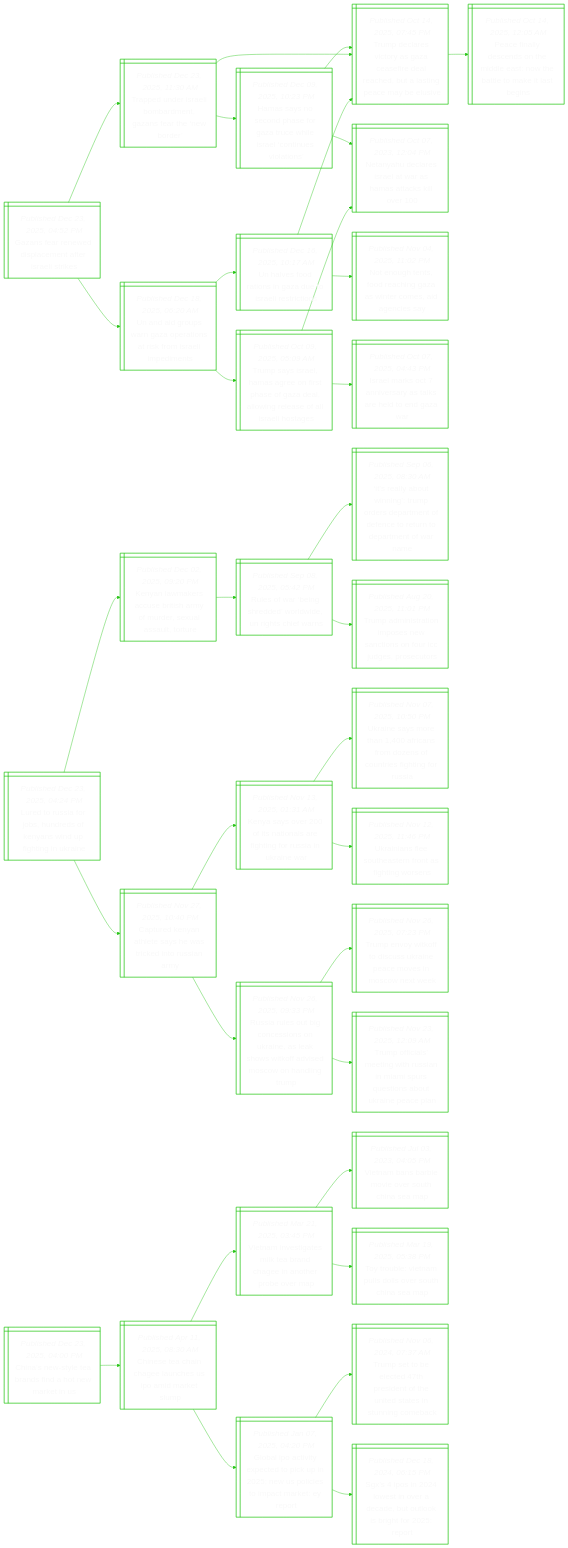
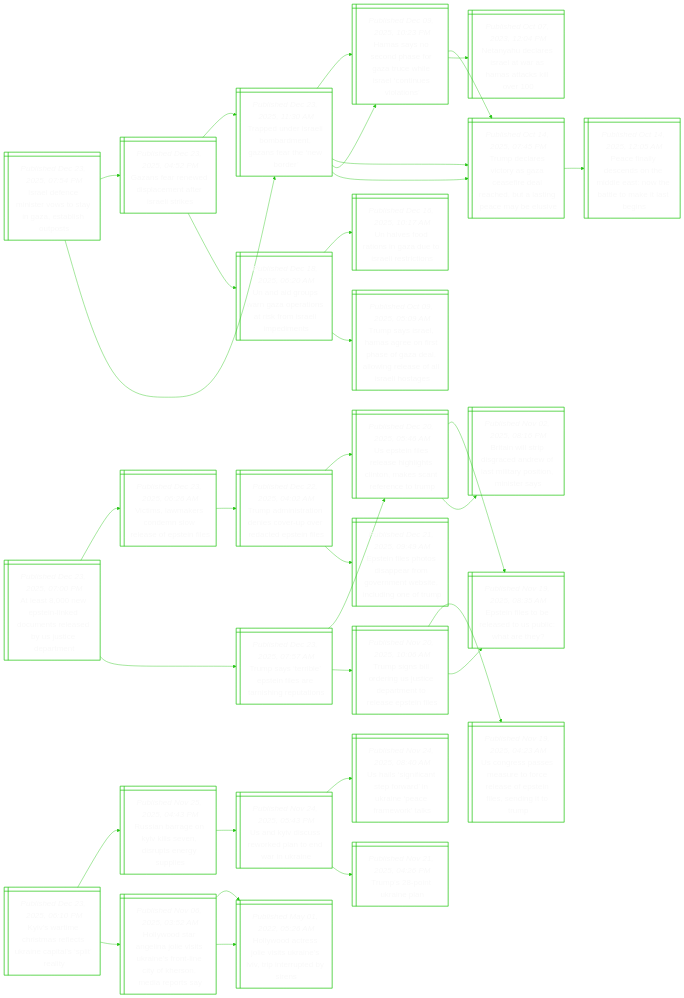
One commit to notJmes/notJmes changed the diagram in README.md. Above: the diagram before and after it, drawn with Mermaid. The commit also changed other lines of this file, not shown here.

````diff
--- a/README.md
+++ b/README.md
@@ -16,8 +16,22 @@
 flowchart LR
 classDef txtsize font-size:20px;
 
+Ilnnrtyzaho@{ shape: win-pane, label: "_Published Dec 23, 2025, 07:54 PM_
+Israel defence minister vows to stay in gaza, establish outposts" }
 Gsrepmfsik@{ shape: win-pane, label: "_Published Dec 23, 2025, 04:52 PM_
 Gazans fear renewed displacement after israeli strikes" }
+TeeaodGstwe@{ shape: win-pane, label: "_Published Dec 23, 2025, 11:30 AM_
+Trapped under israeli bombardment, gazans fear the ‘new border’" }
+HsonsGrhscnii@{ shape: win-pane, label: "_Published Dec 09, 2025, 10:23 PM_
+Hamas says no second phase for gaza truce while israel ‘continues violations’" }
+Tdrcaaededlncbs@{ shape: win-pane, label: "_Published Oct 14, 2025, 07:45 PM_
+Trump declares victory as gaza ceasefire deal reached, but a lasting peace may be elusive" }
+Uaoazrnioamm@{ shape: win-pane, label: "_Published Dec 18, 2025, 06:20 AM_
+Un and aid groups warn gaza operations at risk from israeli impediments" }
+UvoindIlti@{ shape: win-pane, label: "_Published Dec 16, 2025, 10:17 AM_
+Un halves food rations in gaza due to israeli restrictions" }
+TssHaossaaorslaoe@{ shape: win-pane, label: "_Published Oct 09, 2025, 05:09 AM_
+Trump says israel, hamas agree on first phase of gaza deal, allowing release of all israeli hostages" }
 TeeaodGstwe@{ shape: win-pane, label: "_Published Dec 23, 2025, 11:30 AM_
 Trapped under israeli bombardment, gazans fear the ‘new border’" }
 HsonsGrhscnii@{ shape: win-pane, label: "_Published Dec 09, 2025, 10:23 PM_
@@ -30,95 +44,81 @@
 Trump declares victory as gaza ceasefire deal reached, but a lasting peace may be elusive" }
 PflcoMeNelale@{ shape: win-pane, label: "_Published Oct 14, 2025, 12:05 AM_
 Peace finally descends on the middle east: now the battle to make it last begins" }
-Uaoazrnioamm@{ shape: win-pane, label: "_Published Dec 18, 2025, 06:20 AM_
-Un and aid groups warn gaza operations at risk from israeli impediments" }
-UvoindIlti@{ shape: win-pane, label: "_Published Dec 16, 2025, 10:17 AM_
-Un halves food rations in gaza due to israeli restrictions" }
-Tdrcaaededlncbs@{ shape: win-pane, label: "_Published Oct 14, 2025, 07:45 PM_
-Trump declares victory as gaza ceasefire deal reached, but a lasting peace may be elusive" }
-Noeoagatmdca@{ shape: win-pane, label: "_Published Nov 04, 2025, 11:02 PM_
-Not enough tents, food reaching gaza as winter comes, aid agencies say" }
-TssHaossaaorslaoe@{ shape: win-pane, label: "_Published Oct 09, 2025, 05:09 AM_
-Trump says israel, hamas agree on first phase of gaza deal, allowing release of all israeli hostages" }
-Ilsnrakhoar@{ shape: win-pane, label: "_Published Oct 07, 2025, 04:43 PM_
-Israel marks oct 7 anniversary as talks are held to end gaza war" }
-NyeeawHakl@{ shape: win-pane, label: "_Published Oct 07, 2023, 12:04 PM_
-Netanyahu declares israel at war as hamas attacks kill over 100" }
 
+Ilnnrtyzaho:::txtsize --> Gsrepmfsik:::txtsize
 Gsrepmfsik:::txtsize --> TeeaodGstwe:::txtsize
+TeeaodGstwe:::txtsize --> HsonsGrhscnii:::txtsize
+TeeaodGstwe:::txtsize --> Tdrcaaededlncbs:::txtsize
+Gsrepmfsik:::txtsize --> Uaoazrnioamm:::txtsize
+Uaoazrnioamm:::txtsize --> UvoindIlti:::txtsize
+Uaoazrnioamm:::txtsize --> TssHaossaaorslaoe:::txtsize
+Ilnnrtyzaho:::txtsize --> TeeaodGstwe:::txtsize
 TeeaodGstwe:::txtsize --> HsonsGrhscnii:::txtsize
 HsonsGrhscnii:::txtsize --> Tdrcaaededlncbs:::txtsize
 HsonsGrhscnii:::txtsize --> NyeeawHakl:::txtsize
 TeeaodGstwe:::txtsize --> Tdrcaaededlncbs:::txtsize
 Tdrcaaededlncbs:::txtsize --> PflcoMeNelale:::txtsize
-Gsrepmfsik:::txtsize --> Uaoazrnioamm:::txtsize
-Uaoazrnioamm:::txtsize --> UvoindIlti:::txtsize
-UvoindIlti:::txtsize --> Tdrcaaededlncbs:::txtsize
-UvoindIlti:::txtsize --> Noeoagatmdca:::txtsize
-Uaoazrnioamm:::txtsize --> TssHaossaaorslaoe:::txtsize
-TssHaossaaorslaoe:::txtsize --> Ilsnrakhoar:::txtsize
-TssHaossaaorslaoe:::txtsize --> NyeeawHakl:::txtsize
 
-LtsrheKndggr@{ shape: win-pane, label: "_Published Dec 23, 2025, 04:24 PM_
-Lured to russia for jobs, hundreds of kenyans wind up fighting in ukraine" }
-Knaaeimuslur@{ shape: win-pane, label: "_Published Dec 02, 2025, 09:20 PM_
-Kenyan lawmakers accuse british army of murder, sexual assault, torture" }
-Robsdrdicw@{ shape: win-pane, label: "_Published Sep 08, 2025, 05:42 PM_
-Rules of war ‘being shredded’ worldwide, un rights chief warns" }
-Iabigpraneetortr@{ shape: win-pane, label: "_Published Sep 06, 2025, 08:30 AM_
-‘it’s really about winning’: trump orders department of defence to return to department of war name" }
-TaitmsaofCgot@{ shape: win-pane, label: "_Published Aug 20, 2025, 11:01 PM_
-Trump administration imposes new sanctions on four icc judges, prosecutors" }
-Crntehteoim@{ shape: win-pane, label: "_Published Nov 27, 2025, 10:40 PM_
-Captured kenyan athlete says he was tricked into russian army" }
-Ksvitlfirike@{ shape: win-pane, label: "_Published Nov 13, 2025, 01:31 AM_
-Kenya says over 200 of its nationals are fighting for russia in ukraine war" }
-Unstfnmnoiggu@{ shape: win-pane, label: "_Published Nov 07, 2025, 10:50 PM_
-Ukraine says more than 1,400 africans from dozens of countries fighting for russia" }
-Unfoantgge@{ shape: win-pane, label: "_Published Nov 12, 2025, 11:46 PM_
-Ukrainians flee southeastern front as fighting worsens" }
-RasicoUneotaechiu@{ shape: win-pane, label: "_Published Nov 26, 2025, 09:33 PM_
-Russia rules out big concessions on ukraine, as leak shows witkoff advised moscow on handling trump" }
-TeWfisiavMww@{ shape: win-pane, label: "_Published Nov 26, 2025, 07:23 PM_
-Trump envoy witkoff to discuss ukraine peace moves in moscow next week" }
-ToiegRaipuoorpp@{ shape: win-pane, label: "_Published Nov 23, 2025, 12:09 AM_
-Trump officials’ meeting with russian in miami spurs questions about ukraine peace plan" }
+AsEikctebuert@{ shape: win-pane, label: "_Published Dec 23, 2025, 07:00 PM_
+At least 8,000 new epstein-linked documents released by us justice department" }
+Vmmseoefel@{ shape: win-pane, label: "_Published Dec 23, 2025, 06:26 AM_
+Victims, lawmakers condemn slow release of epstein files" }
+Taitecurcpns@{ shape: win-pane, label: "_Published Dec 22, 2025, 04:02 AM_
+Trump administration denies cover-up over redacted epstein files" }
+Utieelstkafcr@{ shape: win-pane, label: "_Published Dec 20, 2025, 05:46 AM_
+Us epstein files release highlights clinton, makes scant reference to trump" }
+Eietsamrticnom@{ shape: win-pane, label: "_Published Dec 21, 2025, 09:49 AM_
+Epstein files photos disappear from government website, including one of trump" }
+Tseltirnnuo@{ shape: win-pane, label: "_Published Dec 23, 2025, 07:57 AM_
+Trump says ‘terrible’ epstein files are tarnishing reputations" }
+Utieelstkafcr@{ shape: win-pane, label: "_Published Dec 20, 2025, 05:46 AM_
+Us epstein files release highlights clinton, makes scant reference to trump" }
+Eieeaobhe@{ shape: win-pane, label: "_Published Nov 19, 2025, 08:35 AM_
+Epstein files to be released to us public: what are they?" }
+BilprAwsipinr@{ shape: win-pane, label: "_Published Nov 02, 2025, 08:16 PM_
+Britain will strip disgraced andrew of last military position, minister says" }
+TsBrnuertlEie@{ shape: win-pane, label: "_Published Nov 20, 2025, 10:06 AM_
+Trump signs bill ordering us justice department to release epstein files" }
+Ugpsufrspnsitm@{ shape: win-pane, label: "_Published Nov 19, 2025, 04:23 AM_
+Us congress passes measure to force release of epstein files, sending it to trump" }
+Eieeaobhe@{ shape: win-pane, label: "_Published Nov 19, 2025, 08:35 AM_
+Epstein files to be released to us public: what are they?" }
 
-LtsrheKndggr:::txtsize --> Knaaeimuslur:::txtsize
-Knaaeimuslur:::txtsize --> Robsdrdicw:::txtsize
-Robsdrdicw:::txtsize --> Iabigpraneetortr:::txtsize
-Robsdrdicw:::txtsize --> TaitmsaofCgot:::txtsize
-LtsrheKndggr:::txtsize --> Crntehteoim:::txtsize
-Crntehteoim:::txtsize --> Ksvitlfirike:::txtsize
-Ksvitlfirike:::txtsize --> Unstfnmnoiggu:::txtsize
-Ksvitlfirike:::txtsize --> Unfoantgge:::txtsize
-Crntehteoim:::txtsize --> RasicoUneotaechiu:::txtsize
-RasicoUneotaechiu:::txtsize --> TeWfisiavMww:::txtsize
-RasicoUneotaechiu:::txtsize --> ToiegRaipuoorpp:::txtsize
+AsEikctebuert:::txtsize --> Vmmseoefel:::txtsize
+Vmmseoefel:::txtsize --> Taitecurcpns:::txtsize
+Taitecurcpns:::txtsize --> Utieelstkafcr:::txtsize
+Taitecurcpns:::txtsize --> Eietsamrticnom:::txtsize
+AsEikctebuert:::txtsize --> Tseltirnnuo:::txtsize
+Tseltirnnuo:::txtsize --> Utieelstkafcr:::txtsize
+Utieelstkafcr:::txtsize --> Eieeaobhe:::txtsize
+Utieelstkafcr:::txtsize --> BilprAwsipinr:::txtsize
+Tseltirnnuo:::txtsize --> TsBrnuertlEie:::txtsize
+TsBrnuertlEie:::txtsize --> Ugpsufrspnsitm:::txtsize
+TsBrnuertlEie:::txtsize --> Eieeaobhe:::txtsize
 
-Cstenntai@{ shape: win-pane, label: "_Published Dec 23, 2025, 04:00 PM_
-China’s new-style tea brands find a hot new market in us" }
-CscCecSmrl@{ shape: win-pane, label: "_Published Apr 11, 2025, 08:30 AM_
-Chinese tea chain chagee launches us ipo amid market slump" }
-Vaeaiadenrem@{ shape: win-pane, label: "_Published Mar 21, 2025, 03:45 PM_
-Vietnam investigates milk tea brand chagee in another probe over map" }
-Vasiirhaa@{ shape: win-pane, label: "_Published Jul 03, 2023, 04:05 PM_
-Vietnam bans barbie movie over south china sea map" }
-ToVallrhaa@{ shape: win-pane, label: "_Published Mar 19, 2025, 05:38 PM_
-Toy trouble: vietnam pulls dolls over south china sea map" }
-Glctetknpiitee@{ shape: win-pane, label: "_Published Jan 07, 2025, 04:20 PM_
-Global ipo activity expected to pick up in 2025; new us policies to impact market: ey report" }
-TsbchioUdetne@{ shape: win-pane, label: "_Published Nov 06, 2024, 07:37 AM_
-Trump set to be elected 47th president of the united states in stunning comeback" }
-SPlteculshRt@{ shape: win-pane, label: "_Published Dec 18, 2024, 06:15 PM_
-Sgx’s 4 ipos in 2024 lowest in over a decade, but outlook is bright for 2025: report" }
+Kwmiseketpey@{ shape: win-pane, label: "_Published Dec 23, 2025, 06:10 PM_
+Kyiv’s wartime christmas reflects ukraine capital’s ‘split’ reality" }
+Rarnksdpeue@{ shape: win-pane, label: "_Published Nov 25, 2025, 04:43 PM_
+Russian barrage on kyiv kills seven, disrupts energy supplies" }
+UKisrlerr@{ shape: win-pane, label: "_Published Nov 24, 2025, 05:43 PM_
+Us and kyiv discuss reworked plan to end war in ukraine" }
+Ulnaewniaark@{ shape: win-pane, label: "_Published Nov 24, 2025, 08:40 AM_
+Us hails ‘significant step forward’ in ukraine ‘peace framework’ talks" }
+Tstia@{ shape: win-pane, label: "_Published Nov 21, 2025, 04:26 PM_
+Trump’s 28-point ukraine plan" }
+HwtgaetafliKoioa@{ shape: win-pane, label: "_Published Nov 06, 2025, 03:52 AM_
+Hollywood star angelina jolie visits ukraine’s front-line city of kherson, media reports say" }
+HwcsetaLrtpyn@{ shape: win-pane, label: "_Published May 01, 2022, 05:26 AM_
+Hollywood actress jolie visits ukraine's lviv, trip interrupted by sirens" }
+HwcsetaLrtpyn@{ shape: win-pane, label: "_Published May 01, 2022, 05:26 AM_
+Hollywood actress jolie visits ukraine's lviv, trip interrupted by sirens" }
 
-Cstenntai:::txtsize --> CscCecSmrl:::txtsize
-CscCecSmrl:::txtsize --> Vaeaiadenrem:::txtsize
-Vaeaiadenrem:::txtsize --> Vasiirhaa:::txtsize
-Vaeaiadenrem:::txtsize --> ToVallrhaa:::txtsize
-CscCecSmrl:::txtsize --> Glctetknpiitee:::txtsize
-Glctetknpiitee:::txtsize --> TsbchioUdetne:::txtsize
-Glctetknpiitee:::txtsize --> SPlteculshRt:::txtsize
+Kwmiseketpey:::txtsize --> Rarnksdpeue:::txtsize
+Rarnksdpeue:::txtsize --> UKisrlerr:::txtsize
+UKisrlerr:::txtsize --> Ulnaewniaark:::txtsize
+UKisrlerr:::txtsize --> Tstia:::txtsize
+Kwmiseketpey:::txtsize --> HwtgaetafliKoioa:::txtsize
+HwtgaetafliKoioa:::txtsize --> HwcsetaLrtpyn:::txtsize
+HwtgaetafliKoioa:::txtsize --> HwcsetaLrtpyn:::txtsize
 
 ```
````
